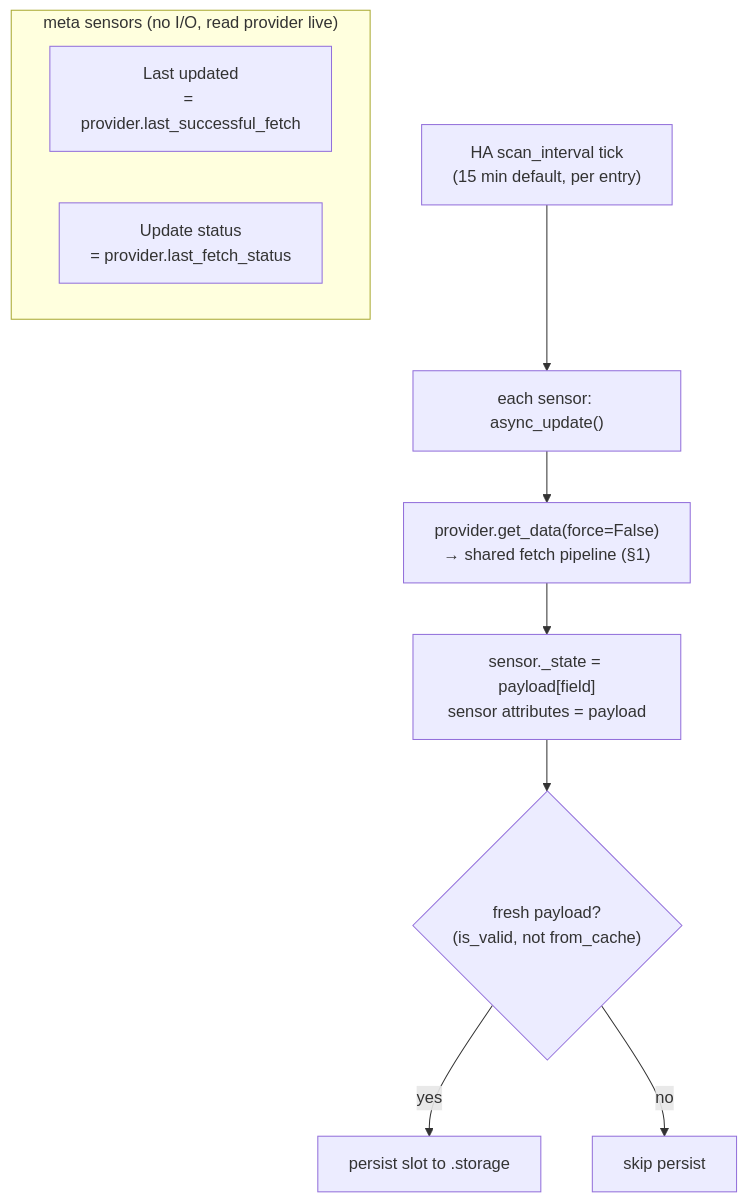
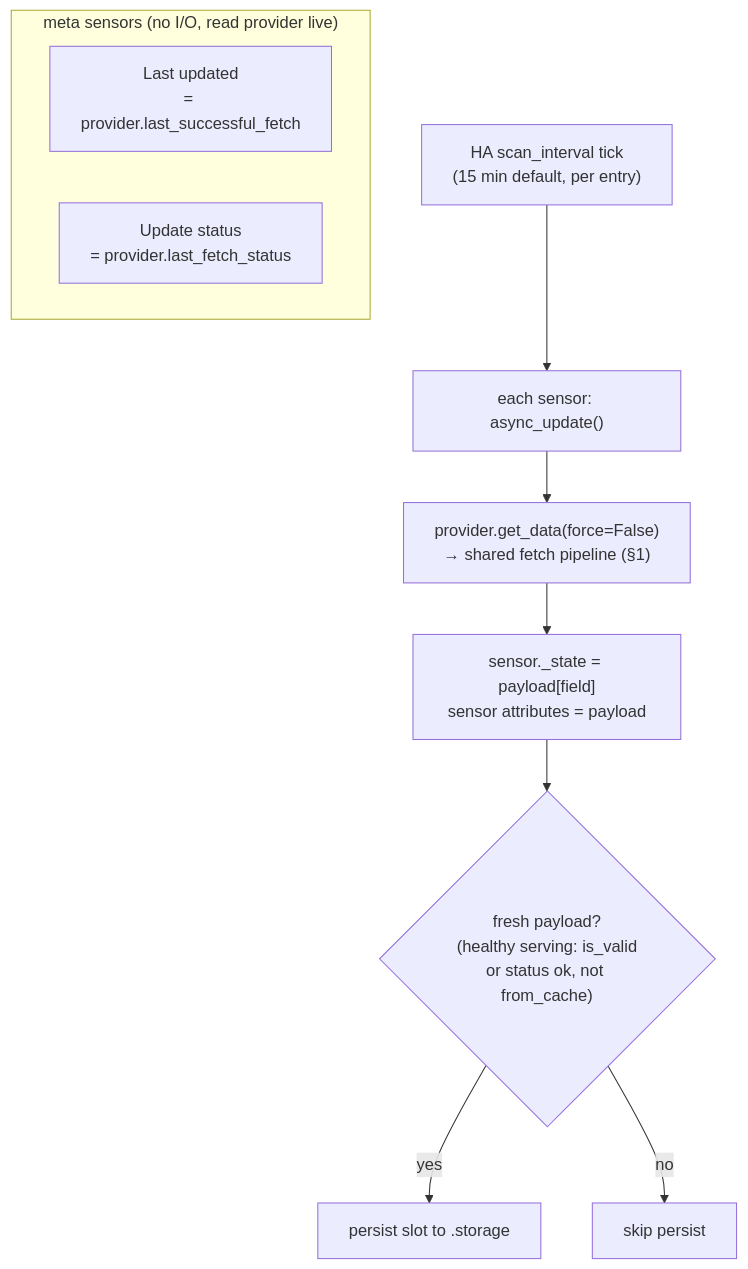
Before and after one commit to meokey/smart-fuel-price: the fourth of 5 diagrams in docs/Architecture.md, drawn with Mermaid. The commit also changed other lines of this file and 2 other files, not shown here.

Commit message:
Persist healthy servings, not just is_valid ones (#78)

````diff
--- a/docs/Architecture.md
+++ b/docs/Architecture.md
@@ -153,14 +153,14 @@
 ```mermaid
 flowchart TD
     A["HA scan_interval tick<br/>(15 min default, per entry)"]
     A --> B["each sensor: async_update()"]
     B --> C["provider.get_data(force=False)<br/>→ shared fetch pipeline (§1)"]
     C --> D["sensor._state = payload[field]<br/>sensor attributes = payload"]
-    D --> E{"fresh payload?<br/>(is_valid, not from_cache)"}
+    D --> E{"fresh payload?<br/>(healthy serving: is_valid<br/>or status ok, not from_cache)"}
     E -->|"yes"| F["persist slot to .storage"]
     E -->|"no"| G["skip persist"]
     subgraph META["meta sensors (no I/O, read provider live)"]
         H["Last updated<br/>= provider.last_successful_fetch"]
         I["Update status<br/>= provider.last_fetch_status"]
     end
 ```
````
